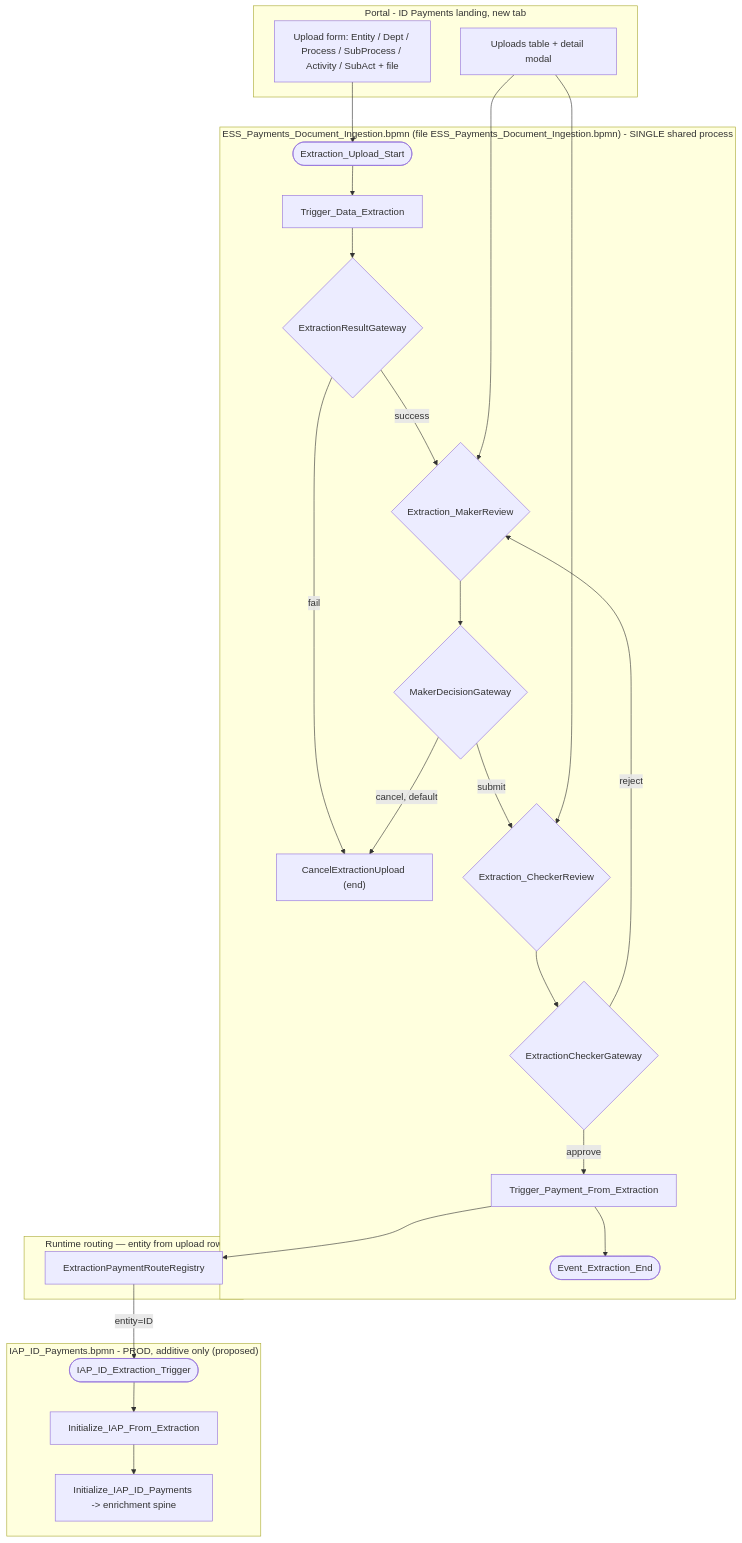
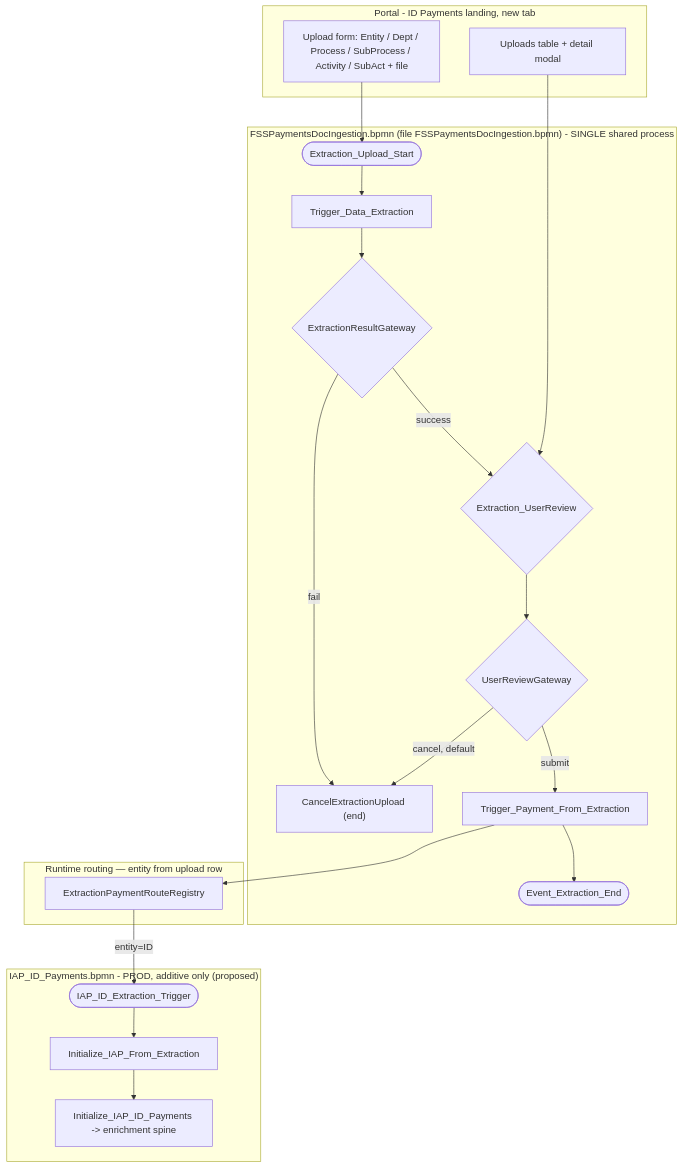
Before and after one commit to suresh0731/payment: the first of 7 diagrams in final/IDP_LLD.md, drawn with Mermaid. The commit also changed other lines of this file and 6 other files, not shown here.

````diff
--- a/final/IDP_LLD.md
+++ b/final/IDP_LLD.md
@@ -49,37 +50,33 @@
 ```mermaid
 flowchart TB
   subgraph UI["Portal - ID Payments landing, new tab"]
     UP["Upload form: Entity / Dept / Process / SubProcess / Activity / SubAct + file"]
     TBL["Uploads table + detail modal"]
   end
 
-  subgraph COMMON["ESS_Payments_Document_Ingestion.bpmn (file ESS_Payments_Document_Ingestion.bpmn) - SINGLE shared process"]
+  subgraph COMMON["FSSPaymentsDocIngestion.bpmn (file FSSPaymentsDocIngestion.bpmn) - SINGLE shared process"]
     START(["Extraction_Upload_Start"]) --> EXTRACT["Trigger_Data_Extraction"]
     EXTRACT --> GW1{"ExtractionResultGateway"}
     GW1 -->|fail| CANCEL["CancelExtractionUpload (end)"]
-    GW1 -->|success| MK{"Extraction_MakerReview"}
-    MK --> GW0{"MakerDecisionGateway"}
+    GW1 -->|success| UR{"Extraction_UserReview"}
+    UR --> GW0{"UserReviewGateway"}
     GW0 -->|cancel, default| CANCEL
-    GW0 -->|submit| CK{"Extraction_CheckerReview"}
-    CK --> GW2{"ExtractionCheckerGateway"}
-    GW2 -->|reject| MK
-    GW2 -->|approve| TRIGGER["Trigger_Payment_From_Extraction"]
+    GW0 -->|submit| TRIGGER["Trigger_Payment_From_Extraction"]
     TRIGGER --> END_EXT(["Event_Extraction_End"])
   end
 
   subgraph ROUTE["Runtime routing — entity from upload row"]
     REG["ExtractionPaymentRouteRegistry"]
   end
   
   subgraph ID_PAY["IAP_ID_Payments.bpmn - PROD, additive only (proposed)"]
     ID_START(["IAP_ID_Extraction_Trigger"]) --> ID_INIT["Initialize_IAP_From_Extraction"]
     ID_INIT --> ID_ENR["Initialize_IAP_ID_Payments -> enrichment spine"]
   end
 
   UP --> START
   TRIGGER --> REG
   REG -->|"entity=ID"| ID_START
-  TBL --> MK
-  TBL --> CK
+  TBL --> UR
 
 ```
````
